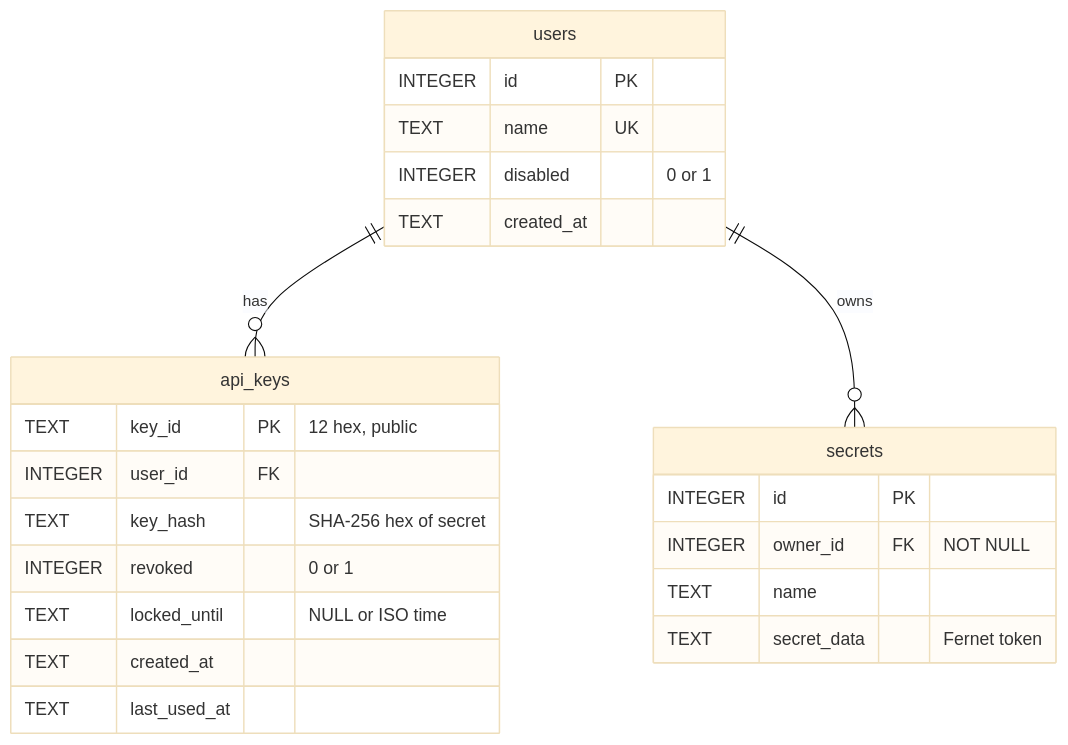
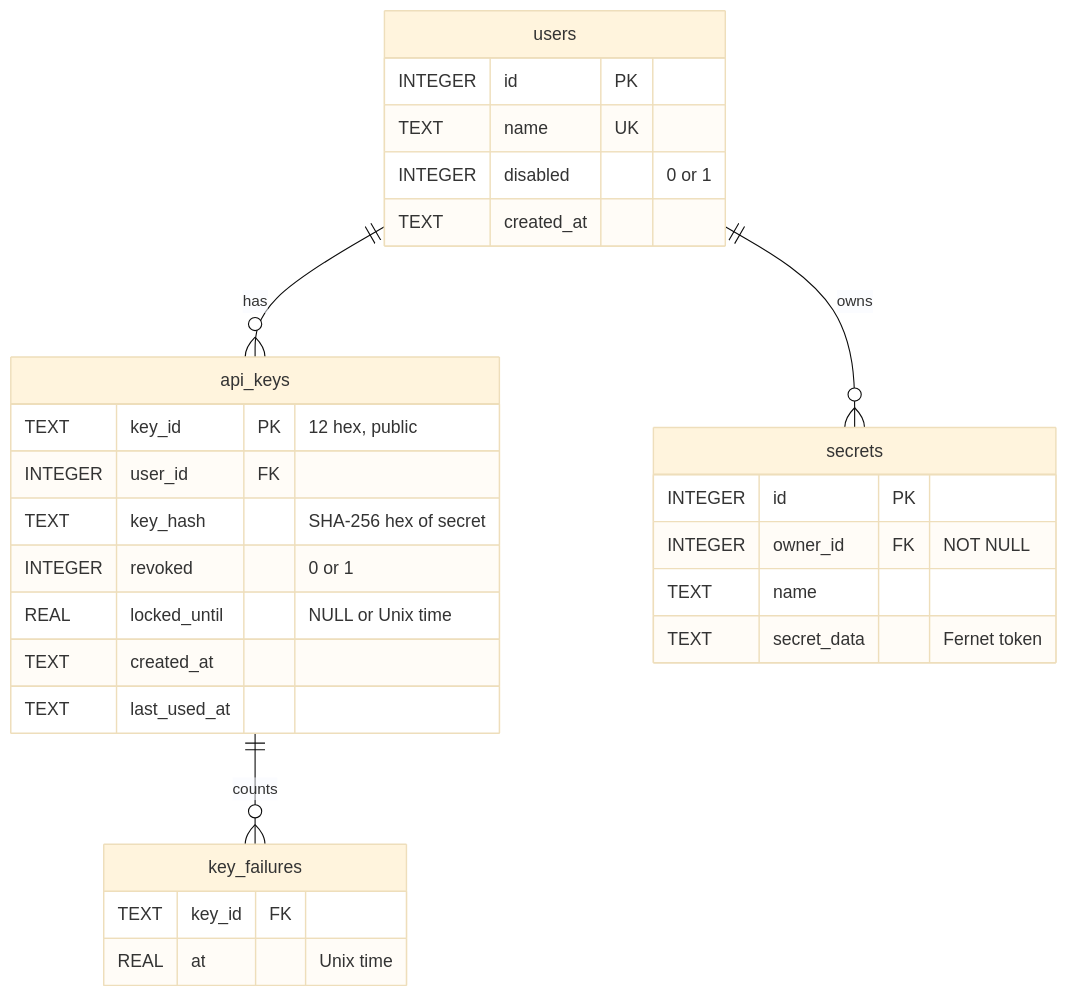
Before and after one commit to cre-scen/SecureVault_Suite: the second of 2 diagrams in docs/m4-design.md, drawn with Mermaid (base theme). The commit also changed other lines of this file and 1 other file, not shown here.

````diff
--- a/docs/m4-design.md
+++ b/docs/m4-design.md
@@ -47,26 +47,31 @@
 ```mermaid
 erDiagram
     users ||--o{ api_keys : has
     users ||--o{ secrets : owns
     users {
         INTEGER id PK
         TEXT name UK
         INTEGER disabled "0 or 1"
         TEXT created_at
     }
     api_keys {
         TEXT key_id PK "12 hex, public"
         INTEGER user_id FK
         TEXT key_hash "SHA-256 hex of secret"
         INTEGER revoked "0 or 1"
-        TEXT locked_until "NULL or ISO time"
+        REAL locked_until "NULL or Unix time"
         TEXT created_at
         TEXT last_used_at
+    }
+    api_keys ||--o{ key_failures : counts
+    key_failures {
+        TEXT key_id FK
+        REAL at "Unix time"
     }
     secrets {
         INTEGER id PK
         INTEGER owner_id FK "NOT NULL"
         TEXT name
         TEXT secret_data "Fernet token"
     }
 ```
````
